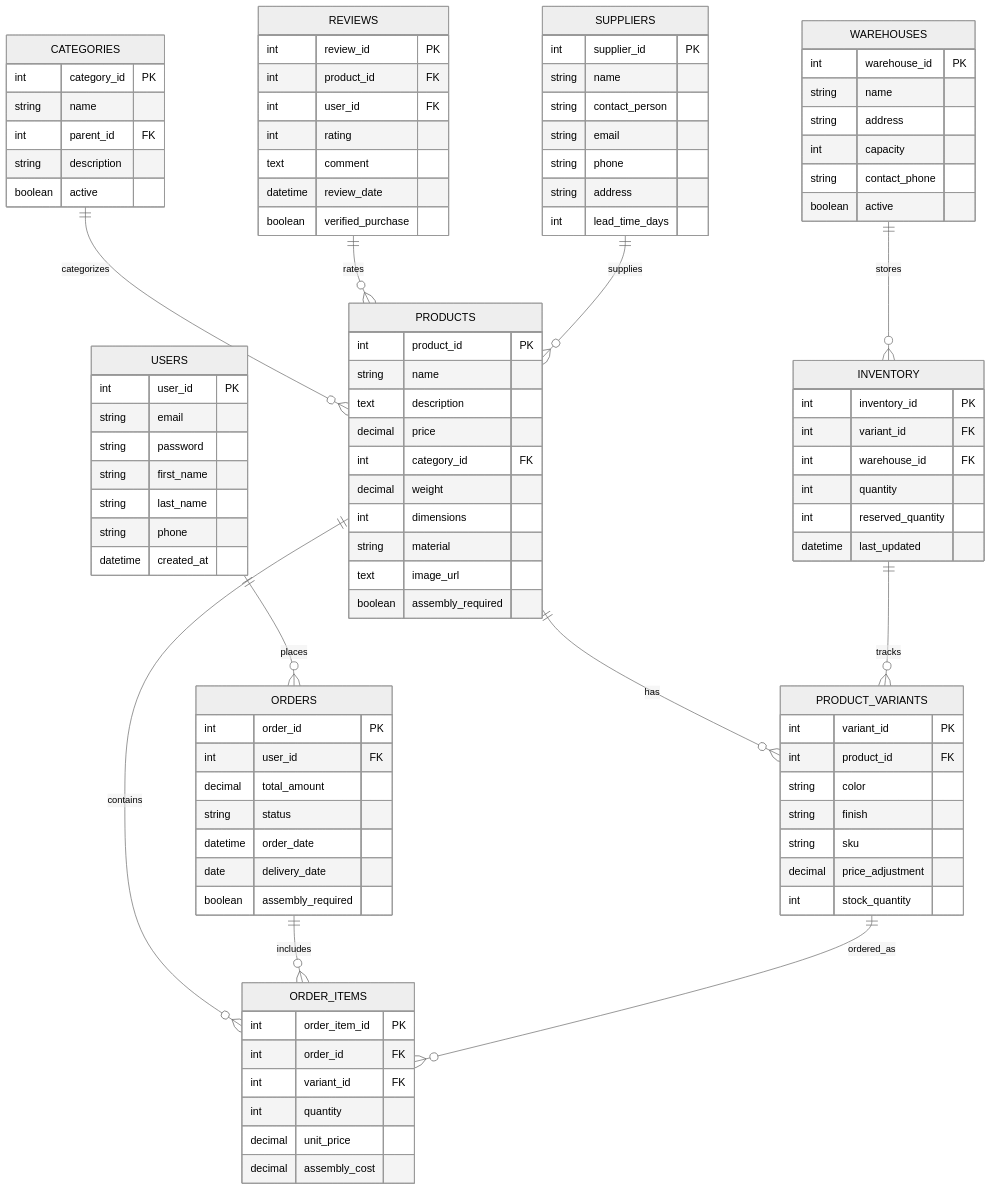
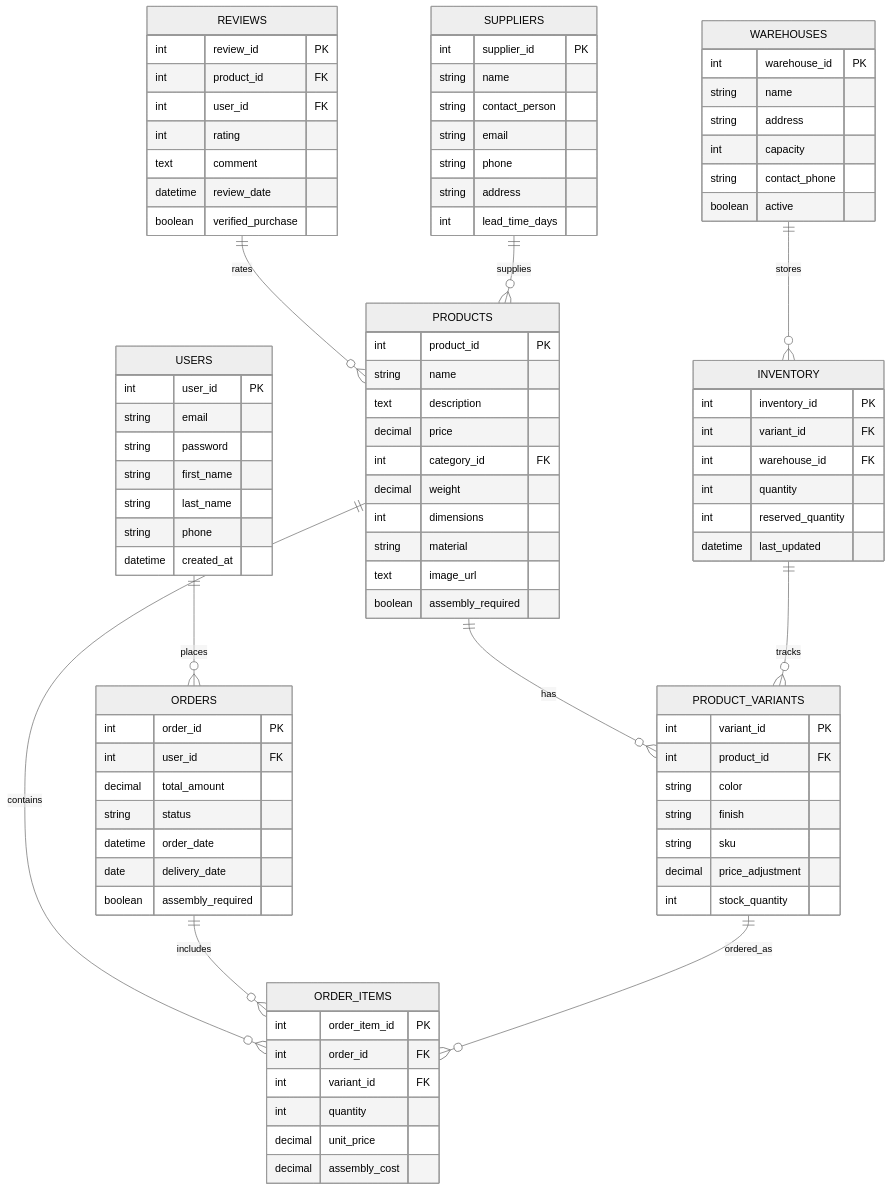
Before and after one commit to Akanksha-codes/furniture-webshop: the diagram in furniture_db_diagram.mermaid, drawn with Mermaid (neutral theme).

```diff
--- a/furniture_db_diagram.mermaid
+++ b/furniture_db_diagram.mermaid
@@ -1,108 +1,99 @@
 erDiagram
     USERS ||--o{ ORDERS : places
     USERS {
         int user_id PK
         string email
         string password
         string first_name
         string last_name
         string phone
         datetime created_at
     }
     
     PRODUCTS ||--o{ PRODUCT_VARIANTS : has
     PRODUCTS ||--o{ ORDER_ITEMS : contains
     PRODUCTS {
         int product_id PK
         string name
         text description
         decimal price
         int category_id FK
         decimal weight
         int dimensions
         string material
         text image_url
         boolean assembly_required
-    }
-
-    CATEGORIES ||--o{ PRODUCTS : categorizes
-    CATEGORIES {
-        int category_id PK
-        string name
-        int parent_id FK
-        string description
-        boolean active
     }
 
     ORDERS ||--o{ ORDER_ITEMS : includes
     ORDERS {
         int order_id PK
         int user_id FK
         decimal total_amount
         string status
         datetime order_date
         date delivery_date
         boolean assembly_required
     }
 
     PRODUCT_VARIANTS ||--o{ ORDER_ITEMS : ordered_as
     PRODUCT_VARIANTS {
         int variant_id PK
         int product_id FK
         string color
         string finish
         string sku
         decimal price_adjustment
         int stock_quantity
     }
 
     ORDER_ITEMS {
         int order_item_id PK
         int order_id FK
         int variant_id FK
         int quantity
         decimal unit_price
         decimal assembly_cost
     }
 
     INVENTORY ||--o{ PRODUCT_VARIANTS : tracks
     INVENTORY {
         int inventory_id PK
         int variant_id FK
         int warehouse_id FK
         int quantity
         int reserved_quantity
         datetime last_updated
     }
 
     WAREHOUSES ||--o{ INVENTORY : stores
     WAREHOUSES {
         int warehouse_id PK
         string name
         string address
         int capacity
         string contact_phone
         boolean active
     }
 
     REVIEWS ||--o{ PRODUCTS : rates
     REVIEWS {
         int review_id PK
         int product_id FK
         int user_id FK
         int rating
         text comment
         datetime review_date
         boolean verified_purchase
     }
 
     SUPPLIERS ||--o{ PRODUCTS : supplies
     SUPPLIERS {
         int supplier_id PK
         string name
         string contact_person
         string email
         string phone
         string address
         int lead_time_days
     }
```
